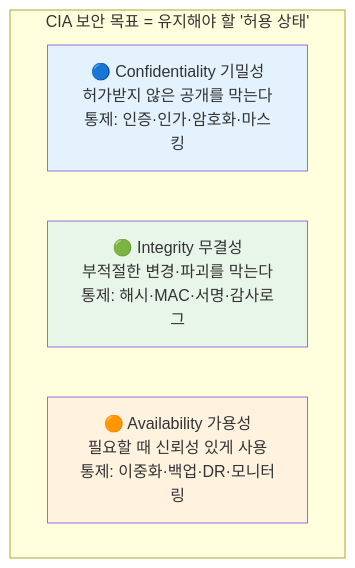
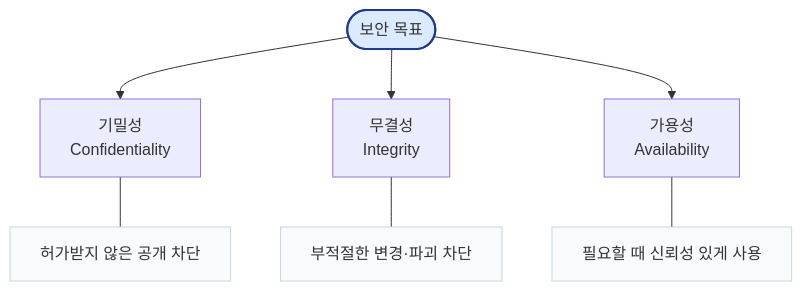
Before and after one commit to KMUTMU/information-security: the second of 5 diagrams in 01_보안개념_CIA_정리.md, drawn with Mermaid. The commit also changed other lines of this file and 5 other files, not shown here.

Commit message:
Mermaid 다이어그램 가독성 개선: 짧은 라벨·이모지 제거·색상 최소화

````diff
--- a/01_보안개념_CIA_정리.md
+++ b/01_보안개념_CIA_정리.md
@@ -58,11 +58,13 @@
 ```mermaid
 flowchart TB
-    subgraph CIA["CIA 보안 목표 = 유지해야 할 '허용 상태'"]
-        C["🔵 Confidentiality 기밀성<br/>허가받지 않은 공개를 막는다<br/>통제: 인증·인가·암호화·마스킹"]
-        I["🟢 Integrity 무결성<br/>부적절한 변경·파괴를 막는다<br/>통제: 해시·MAC·서명·감사로그"]
-        A["🟠 Availability 가용성<br/>필요할 때 신뢰성 있게 사용<br/>통제: 이중화·백업·DR·모니터링"]
-    end
-    style C fill:#e3f2fd
-    style I fill:#e8f5e9
-    style A fill:#fff3e0
+    CIA(["보안 목표"]) --> C["기밀성<br/>Confidentiality"]
+    CIA --> I["무결성<br/>Integrity"]
+    CIA --> A["가용성<br/>Availability"]
+    C --- Cd["허가받지 않은 공개 차단"]
+    I --- Id["부적절한 변경·파괴 차단"]
+    A --- Ad["필요할 때 신뢰성 있게 사용"]
+    classDef key fill:#dbeafe,stroke:#1e3a8a,stroke-width:2px
+    classDef note fill:#f8fafc,stroke:#cbd5e1
+    class CIA key
+    class Cd,Id,Ad note
 ```
````
